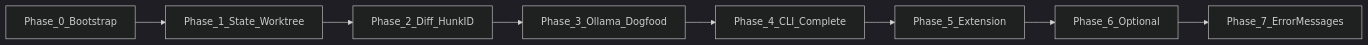
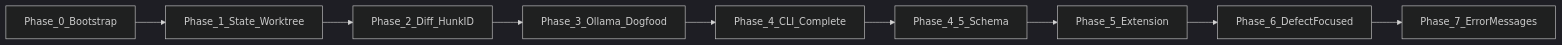
The diagram in docs/implementation-plan.md (beettlle/stet), drawn with Mermaid (dark theme) before and after one commit. The commit also changed other lines of this file, not shown here.

First line of the commit message:
docs: update implementation plan to reflect changes in phases and schema

````diff
--- a/docs/implementation-plan.md
+++ b/docs/implementation-plan.md
@@ -40,10 +41,10 @@
 ```mermaid
 flowchart LR
   P0[Phase_0_Bootstrap] --> P1[Phase_1_State_Worktree]
   P1 --> P2[Phase_2_Diff_HunkID]
   P2 --> P3[Phase_3_Ollama_Dogfood]
   P3 --> P4[Phase_4_CLI_Complete]
-  P4 --> P5[Phase_5_Extension]
-  P5 --> P6[Phase_6_Optional]
+  P4 --> P4_5[Phase_4_5_Schema] --> P5[Phase_5_Extension]
+  P5 --> P6[Phase_6_DefectFocused]
   P6 --> P7[Phase_7_ErrorMessages]
 ```
````
